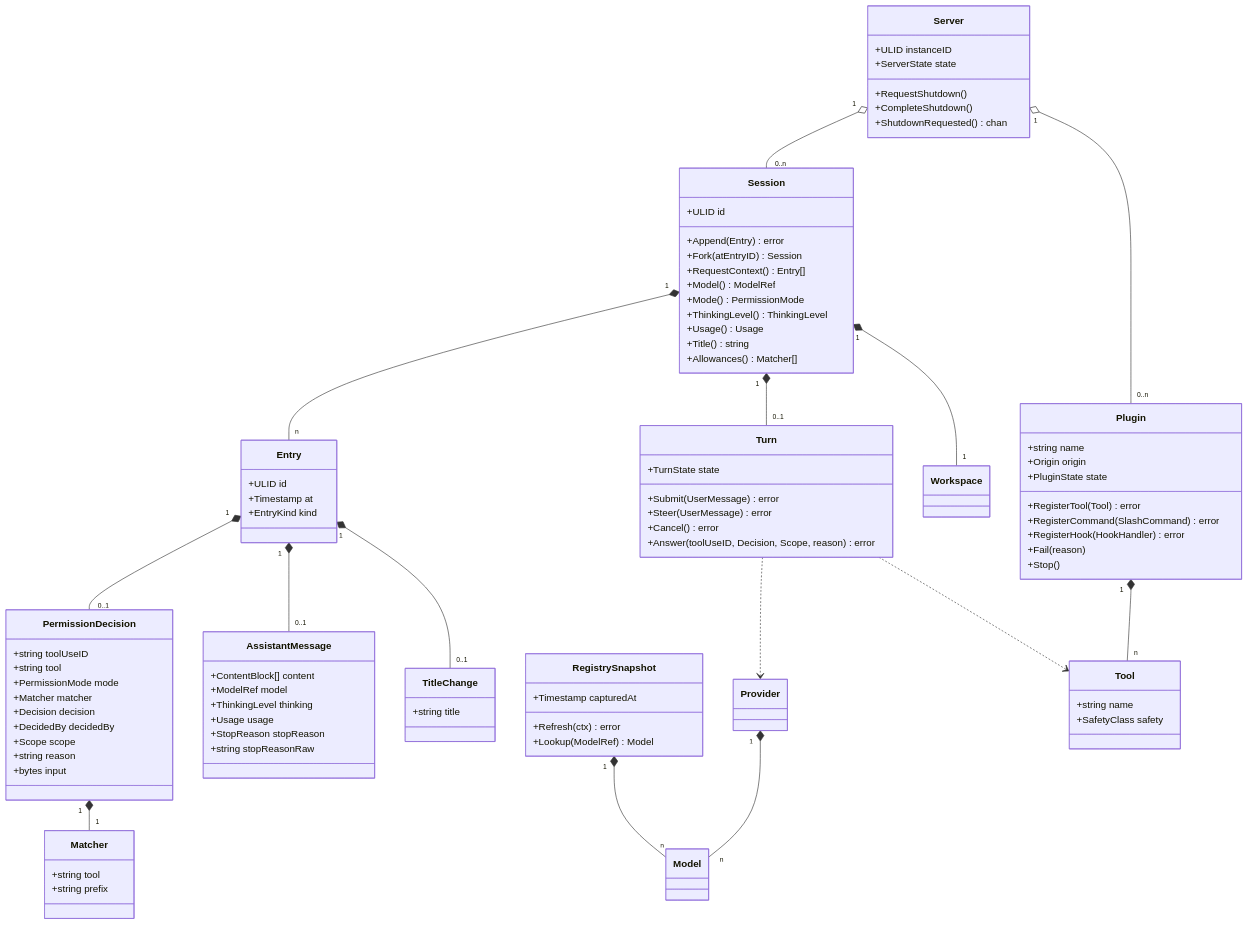
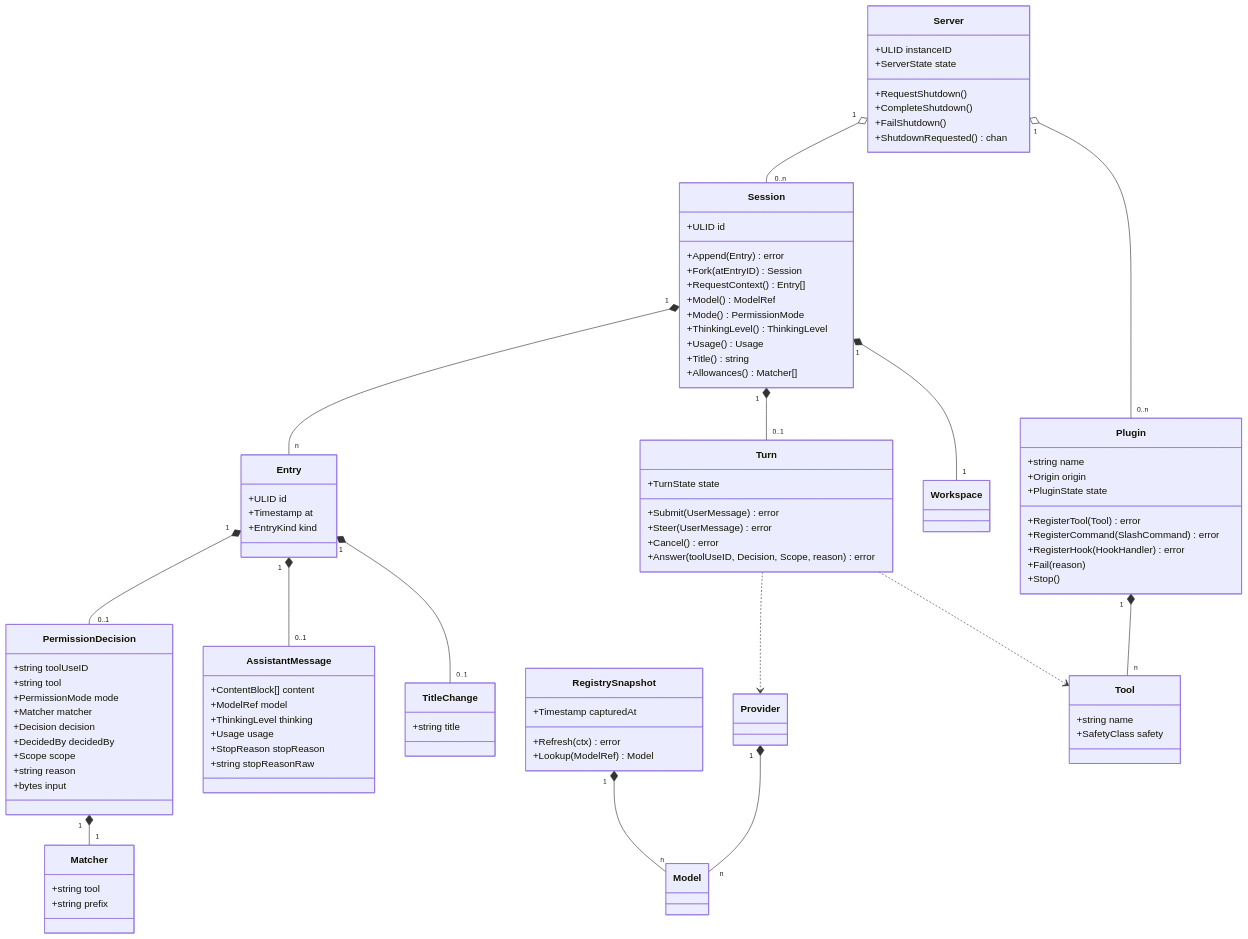
One commit to guygrigsby/rudy changed the eighth of 8 diagrams in docs/specs/rudy-domain-model.md. Above: the diagram before and after it, drawn with Mermaid. The commit also changed other lines of this file and 35 other files, not shown here.

```diff
--- a/docs/specs/rudy-domain-model.md
+++ b/docs/specs/rudy-domain-model.md
@@ -1278,6 +1279,7 @@
         +ServerState state
         +RequestShutdown()
         +CompleteShutdown()
+        +FailShutdown()
         +ShutdownRequested() chan
     }
     class Session {
```
